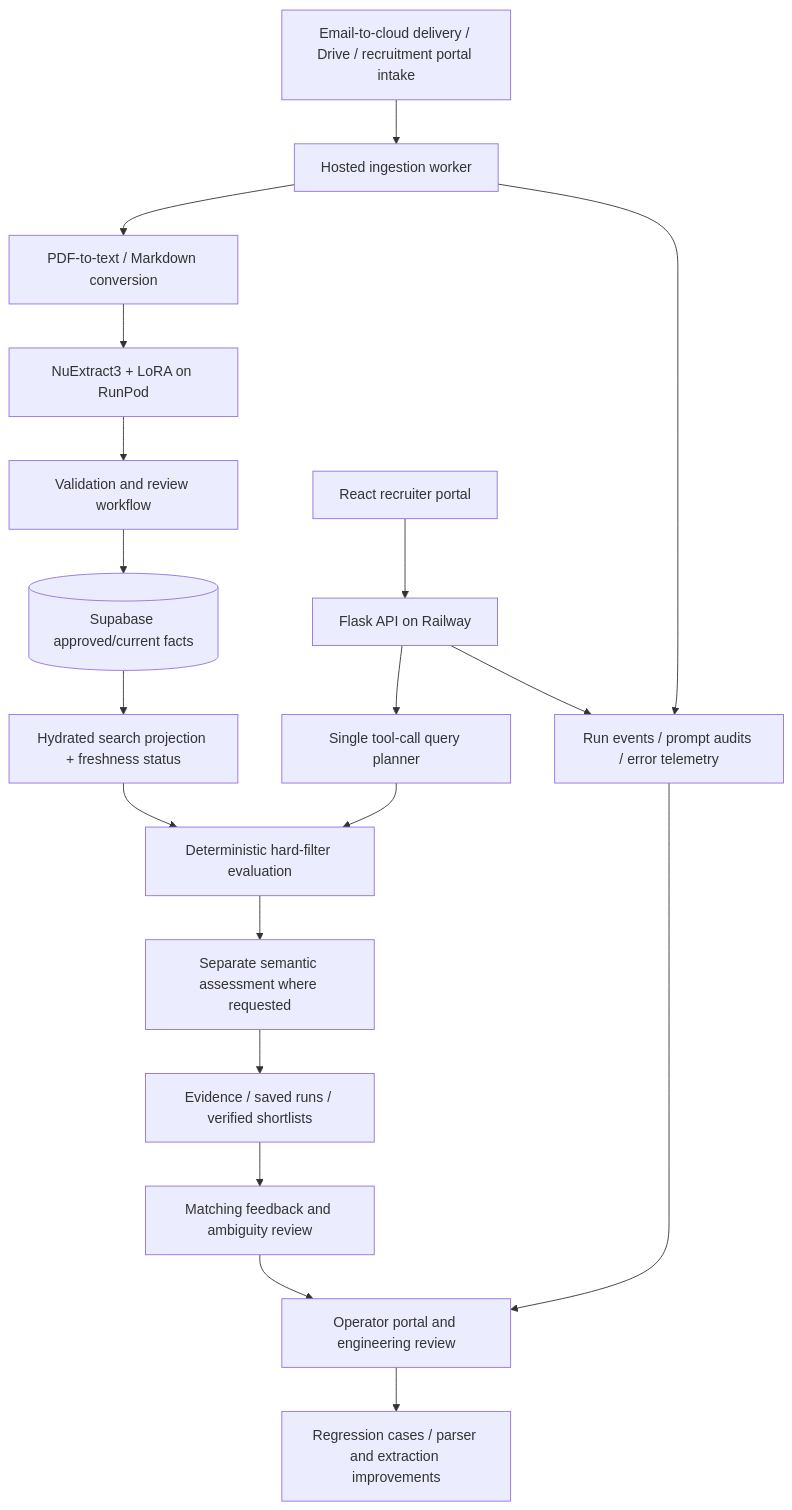
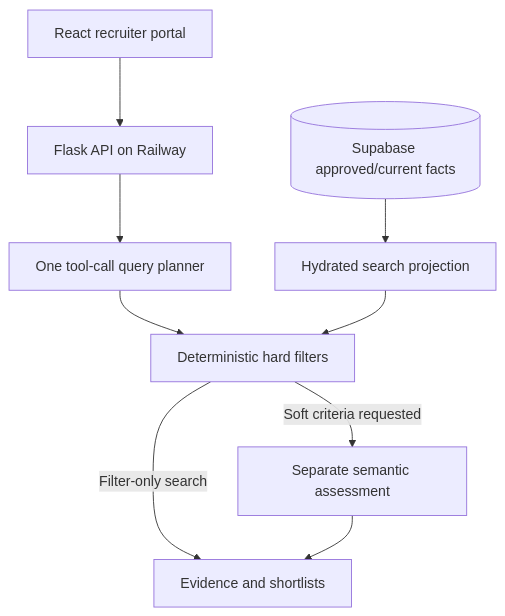
One commit to kartikhth-byte/NjordHR-Showcase changed the second of 3 diagrams in docs/architecture.md. Above: the diagram before and after it, drawn with Mermaid. The commit also changed other lines of this file and 1 other file, not shown here.

Commit message:
Clarify optional semantic matching and reviewed feedback flows

````diff
--- a/docs/architecture.md
+++ b/docs/architecture.md
@@ -9,21 +23,11 @@
 ```mermaid
 flowchart TD
-    Sources[Email-to-cloud delivery / Drive / recruitment portal intake] --> Worker[Hosted ingestion worker]
-    Worker --> OCR[PDF-to-text / Markdown conversion]
-    OCR --> Extract[NuExtract3 + LoRA on RunPod]
-    Extract --> Review[Validation and review workflow]
-    Review --> DB[(Supabase approved/current facts)]
-    DB --> Cache[Hydrated search projection + freshness status]
-    Recruiter[React recruiter portal] --> API[Flask API on Railway]
-    API --> Plan[Single tool-call query planner]
-    Plan --> Filters[Deterministic hard-filter evaluation]
+    UI[React recruiter portal] --> API[Flask API on Railway]
+    API --> Plan[One tool-call query planner]
+    Facts[(Supabase approved/current facts)] --> Cache[Hydrated search projection]
+    Plan --> Filters[Deterministic hard filters]
     Cache --> Filters
-    Filters --> Soft[Separate semantic assessment where requested]
-    Soft --> Results[Evidence / saved runs / verified shortlists]
-    API --> Logs[Run events / prompt audits / error telemetry]
-    Worker --> Logs
-    Results --> Feedback[Matching feedback and ambiguity review]
-    Logs --> Ops[Operator portal and engineering review]
-    Feedback --> Ops
-    Ops --> Improvements[Regression cases / parser and extraction improvements]
+    Filters -->|Filter-only search| Results[Evidence and shortlists]
+    Filters -->|Soft criteria requested| Soft[Separate semantic assessment]
+    Soft --> Results
 ```
````
